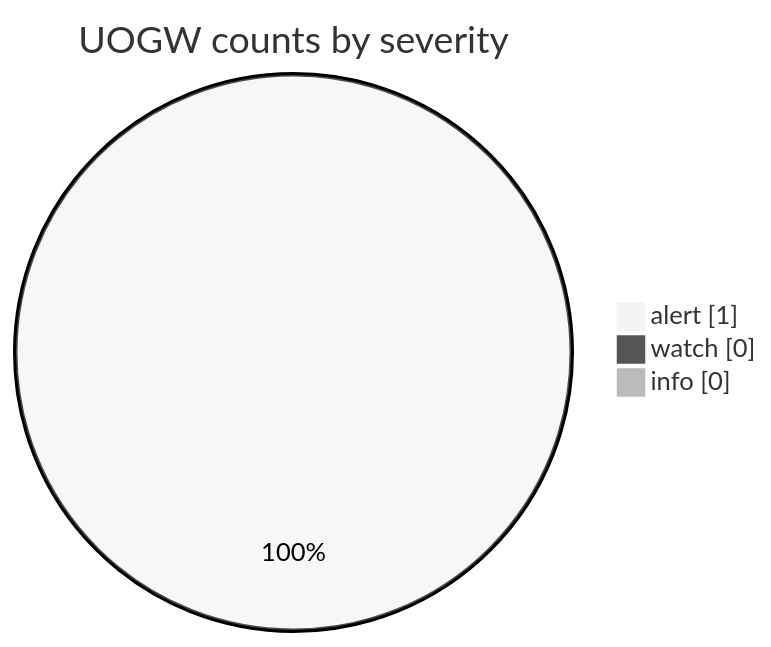
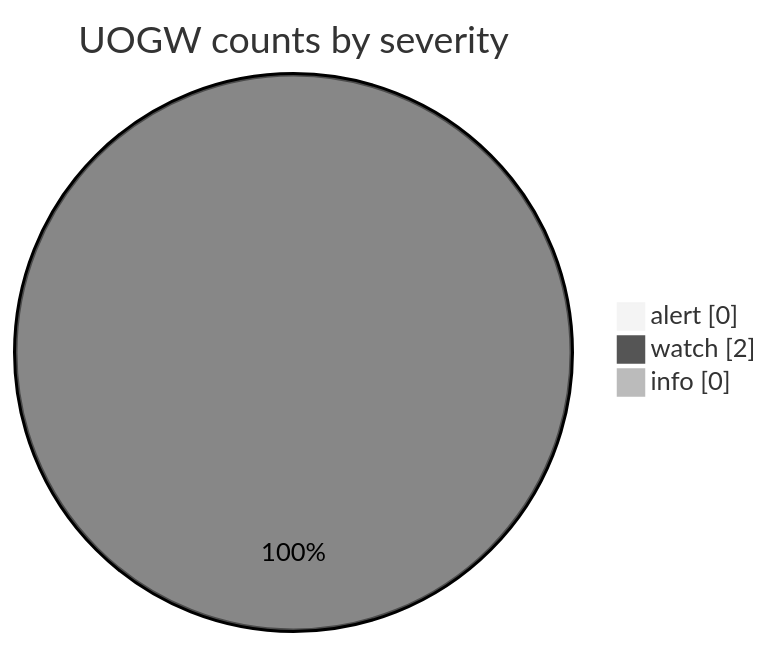
Before and after one commit to Midwest-Stratospheric/aerostratospheric-defense-gir: the fourth of 6 diagrams in docs/GRAPHS.md, drawn with Mermaid (neutral theme). The commit also changed other lines of this file and 23 other files, not shown here.

````diff
--- a/docs/GRAPHS.md
+++ b/docs/GRAPHS.md
@@ -66,7 +66,7 @@
 ```mermaid
 pie showData
   title UOGW counts by severity
-  "alert" : 1
-  "watch" : 0
+  "alert" : 0
+  "watch" : 2
   "info" : 0
 ```
````
